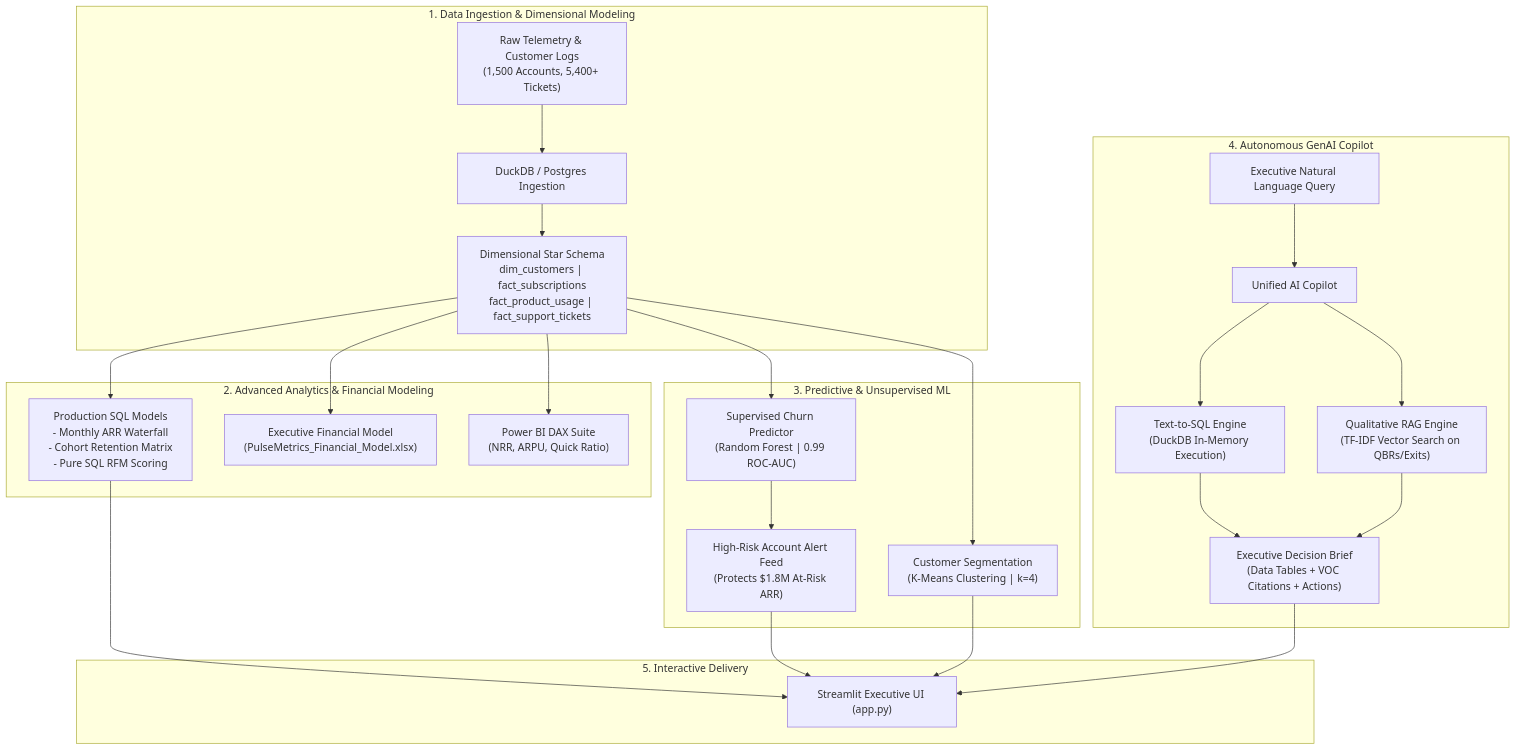
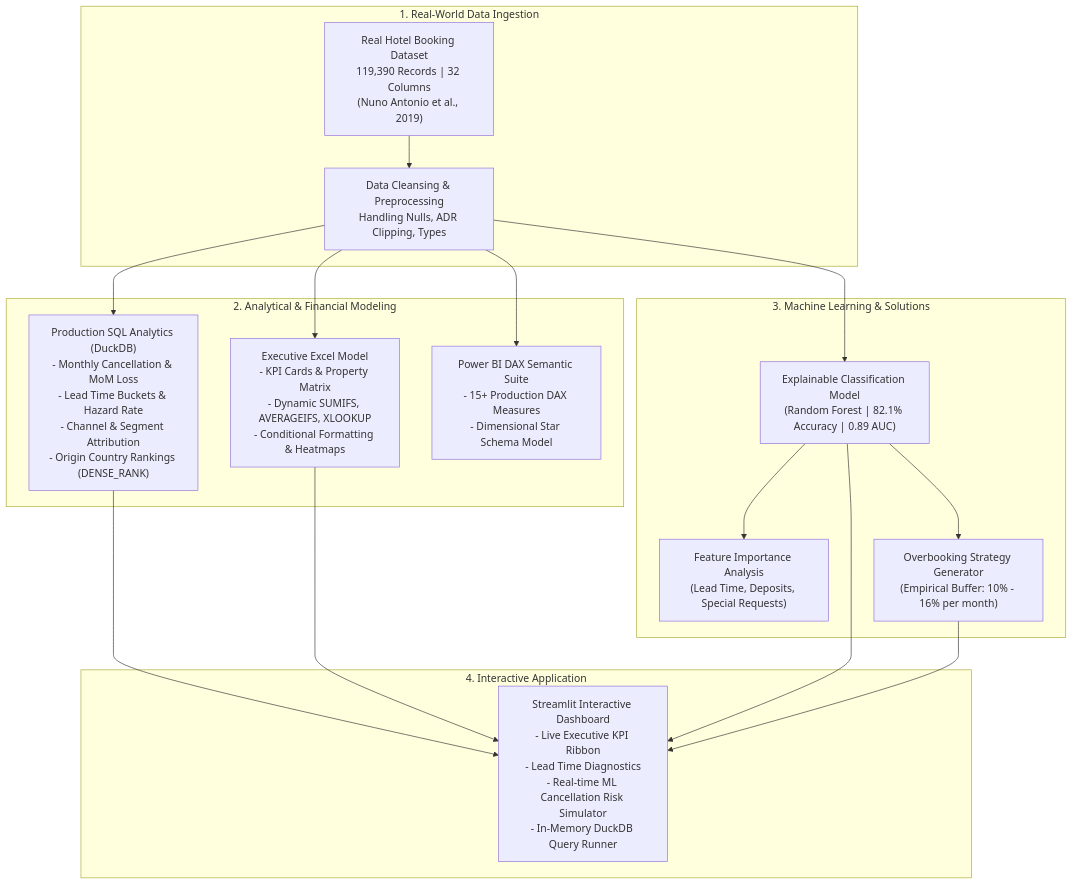
Before and after one commit to Namannn28/hotel-booking-cancellation-analytics: the diagram in README.md, drawn with Mermaid. The commit also changed other lines of this file and 38 other files, not shown here.

Commit message:
Transform to real-world Hotel Booking Cancellation & Revenue Recovery project (119k records)

````diff
--- a/README.md
+++ b/README.md
@@ -28,30 +38,23 @@
 ```mermaid
 flowchart TD
-    subgraph Data_Layer ["1. Data Ingestion & Dimensional Modeling"]
-        RAW["Raw Telemetry & Customer Logs<br/>(1,500 Accounts, 5,400+ Tickets)"] --> ETL["DuckDB / Postgres Ingestion"]
-        ETL --> STAR["Dimensional Star Schema<br/>dim_customers | fact_subscriptions<br/>fact_product_usage | fact_support_tickets"]
+    subgraph Sourcing ["1. Real-World Data Ingestion"]
+        DATA["Real Hotel Booking Dataset<br/>119,390 Records | 32 Columns<br/>(Nuno Antonio et al., 2019)"]
+        DATA --> CLEAN["Data Cleansing & Preprocessing<br/>Handling Nulls, ADR Clipping, Types"]
     end
 
-    subgraph Analytics_Layer ["2. Advanced Analytics & Financial Modeling"]
-        STAR --> SQL_MODELS["Production SQL Models<br/>- Monthly ARR Waterfall<br/>- Cohort Retention Matrix<br/>- Pure SQL RFM Scoring"]
-        STAR --> EXCEL["Executive Financial Model<br/>(PulseMetrics_Financial_Model.xlsx)"]
-        STAR --> PBI["Power BI DAX Suite<br/>(NRR, ARPU, Quick Ratio)"]
+    subgraph Analytics ["2. Analytical & Financial Modeling"]
+        CLEAN --> SQL["Production SQL Analytics (DuckDB)<br/>- Monthly Cancellation & MoM Loss<br/>- Lead Time Buckets & Hazard Rate<br/>- Channel & Segment Attribution<br/>- Origin Country Rankings (DENSE_RANK)"]
+        CLEAN --> EXCEL["Executive Excel Model<br/>- KPI Cards & Property Matrix<br/>- Dynamic SUMIFS, AVERAGEIFS, XLOOKUP<br/>- Conditional Formatting & Heatmaps"]
+        CLEAN --> PBI["Power BI DAX Semantic Suite<br/>- 15+ Production DAX Measures<br/>- Dimensional Star Schema Model"]
     end
 
-    subgraph ML_Layer ["3. Predictive & Unsupervised ML"]
-        STAR --> CHURN["Supervised Churn Predictor<br/>(Random Forest | 0.99 ROC-AUC)"]
-        STAR --> RFM_KM["Customer Segmentation<br/>(K-Means Clustering | k=4)"]
-        CHURN --> ALERTS["High-Risk Account Alert Feed<br/>(Protects $1.8M At-Risk ARR)"]
+    subgraph Predictive ["3. Machine Learning & Solutions"]
+        CLEAN --> ML["Explainable Classification Model<br/>(Random Forest | 82.1% Accuracy | 0.89 AUC)"]
+        ML --> FEAT["Feature Importance Analysis<br/>(Lead Time, Deposits, Special Requests)"]
+        ML --> OB["Overbooking Strategy Generator<br/>(Empirical Buffer: 10% - 16% per month)"]
     end
 
-    subgraph AI_Layer ["4. Autonomous GenAI Copilot"]
-        USER["Executive Natural Language Query"] --> COPILOT["Unified AI Copilot"]
-        COPILOT --> TEXT_SQL["Text-to-SQL Engine<br/>(DuckDB In-Memory Execution)"]
-        COPILOT --> RAG["Qualitative RAG Engine<br/>(TF-IDF Vector Search on QBRs/Exits)"]
-        TEXT_SQL & RAG --> BRIEF["Executive Decision Brief<br/>(Data Tables + VOC Citations + Actions)"]
-    end
-
-    subgraph UI_Layer ["5. Interactive Delivery"]
-        SQL_MODELS & ALERTS & RFM_KM & BRIEF --> DASHBOARD["Streamlit Executive UI (app.py)"]
+    subgraph Delivery ["4. Interactive Application"]
+        SQL & EXCEL & ML & OB --> APP["Streamlit Interactive Dashboard<br/>- Live Executive KPI Ribbon<br/>- Lead Time Diagnostics<br/>- Real-time ML Cancellation Risk Simulator<br/>- In-Memory DuckDB Query Runner"]
     end
 ```
````
